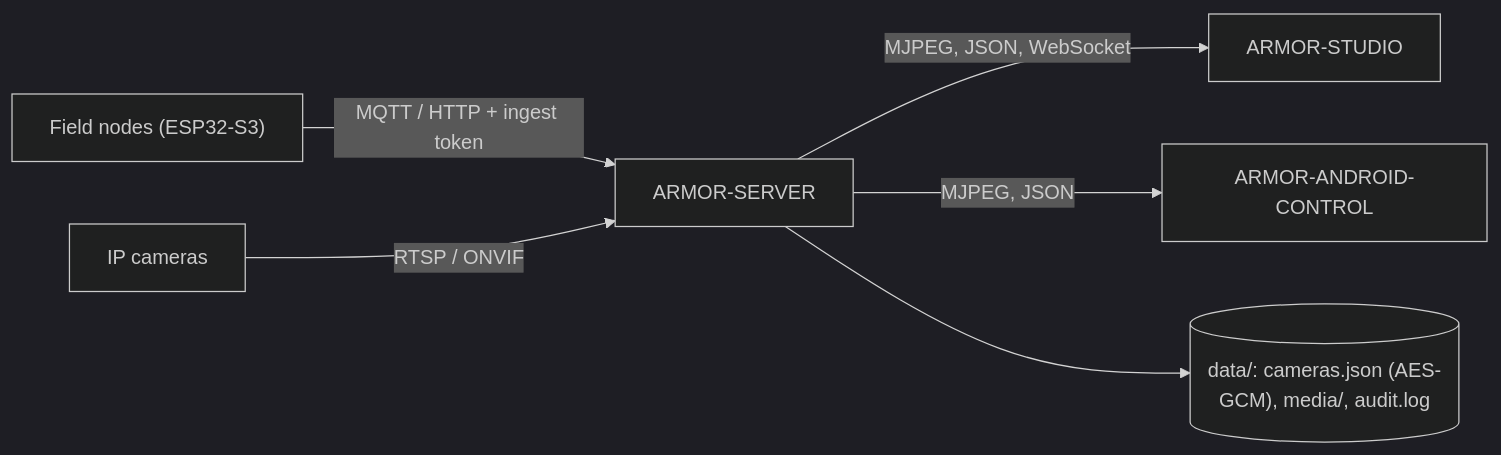
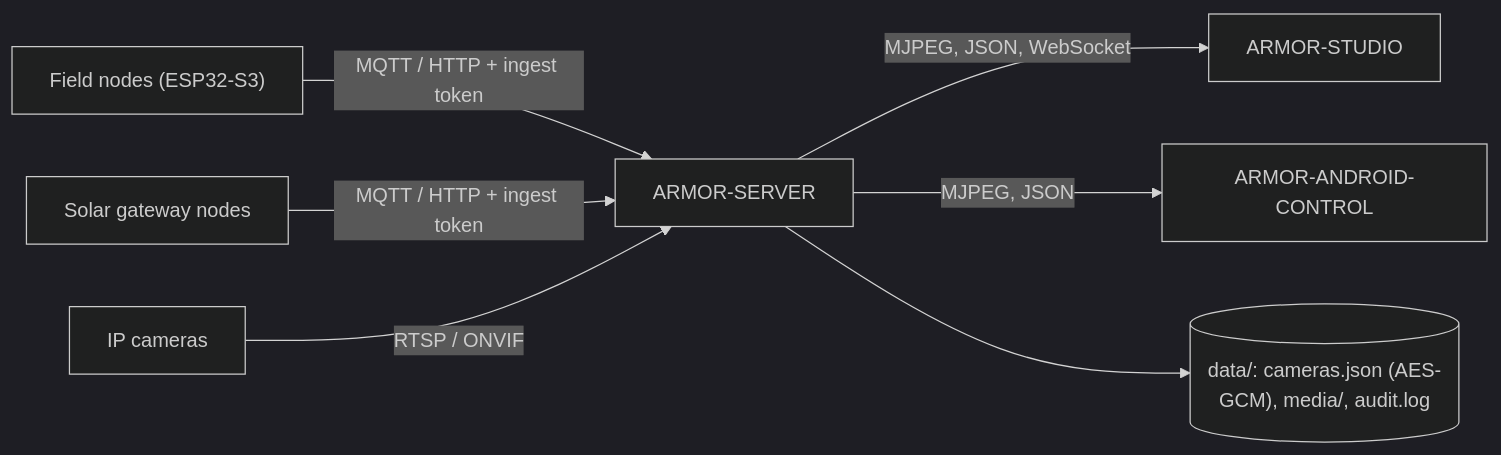
The diagram in README.md (JuanenRac/ARMOR-SERVER), drawn with Mermaid (dark theme) before and after one commit. The commit also changed other lines of this file and 8 other files, not shown here.

````diff
--- a/README.md
+++ b/README.md
@@ -48,8 +49,9 @@
 ```mermaid
 flowchart LR
     N["Field nodes (ESP32-S3)"] -->|MQTT / HTTP + ingest token| S["ARMOR-SERVER"]
+    G["Solar gateway nodes"] -->|MQTT / HTTP + ingest token| S
     C["IP cameras"] -->|RTSP / ONVIF| S
     S -->|"MJPEG, JSON, WebSocket"| U["ARMOR-STUDIO"]
     S -->|"MJPEG, JSON"| A["ARMOR-ANDROID-CONTROL"]
     S --> D[("data/: cameras.json (AES-GCM), media/, audit.log")]
 ```
````
